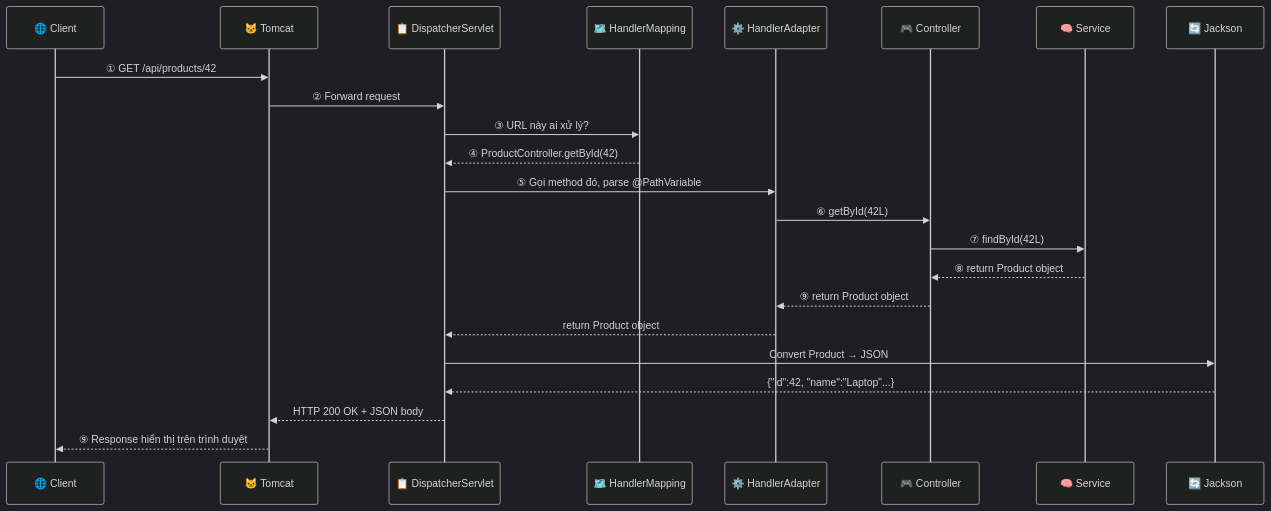
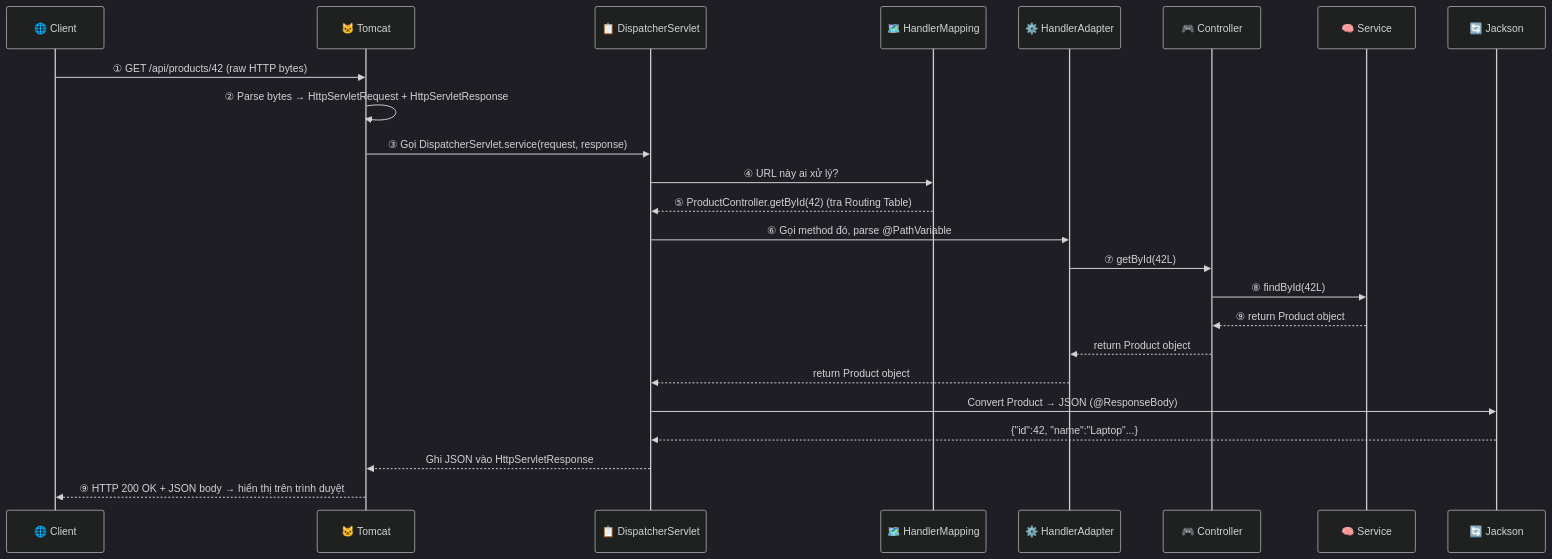
One commit to anhtudayne/JAVA changed the fifth of 8 diagrams in Note/Lesson04/bai-4-spring-mvc-request-lifecycle.md. Above: the diagram before and after it, drawn with Mermaid (dark theme). The commit also changed other lines of this file, not shown here.

````diff
--- a/Note/Lesson04/bai-4-spring-mvc-request-lifecycle.md
+++ b/Note/Lesson04/bai-4-spring-mvc-request-lifecycle.md
@@ -95,26 +243,27 @@
 ```mermaid
 sequenceDiagram
     participant C as 🌐 Client
     participant T as 🐱 Tomcat
     participant D as 📋 DispatcherServlet
     participant HM as 🗺️ HandlerMapping
     participant HA as ⚙️ HandlerAdapter
     participant Ctrl as 🎮 Controller
     participant Svc as 🧠 Service
     participant J as 🔄 Jackson
 
-    C->>T: ① GET /api/products/42
-    T->>D: ② Forward request
-    D->>HM: ③ URL này ai xử lý?
-    HM-->>D: ④ ProductController.getById(42)
-    D->>HA: ⑤ Gọi method đó, parse @PathVariable
-    HA->>Ctrl: ⑥ getById(42L)
-    Ctrl->>Svc: ⑦ findById(42L)
-    Svc-->>Ctrl: ⑧ return Product object
-    Ctrl-->>HA: ⑨ return Product object
+    C->>T: ① GET /api/products/42 (raw HTTP bytes)
+    T->>T: ② Parse bytes → HttpServletRequest + HttpServletResponse
+    T->>D: ③ Gọi DispatcherServlet.service(request, response)
+    D->>HM: ④ URL này ai xử lý?
+    HM-->>D: ⑤ ProductController.getById(42) (tra Routing Table)
+    D->>HA: ⑥ Gọi method đó, parse @PathVariable
+    HA->>Ctrl: ⑦ getById(42L)
+    Ctrl->>Svc: ⑧ findById(42L)
+    Svc-->>Ctrl: ⑨ return Product object
+    Ctrl-->>HA: return Product object
     HA-->>D: return Product object
-    D->>J: Convert Product → JSON
+    D->>J: Convert Product → JSON (@ResponseBody)
     J-->>D: {"id":42, "name":"Laptop"...}
-    D-->>T: HTTP 200 OK + JSON body
-    T-->>C: ⑨ Response hiển thị trên trình duyệt
+    D-->>T: Ghi JSON vào HttpServletResponse
+    T-->>C: ⑨ HTTP 200 OK + JSON body → hiển thị trên trình duyệt
 ```
````
